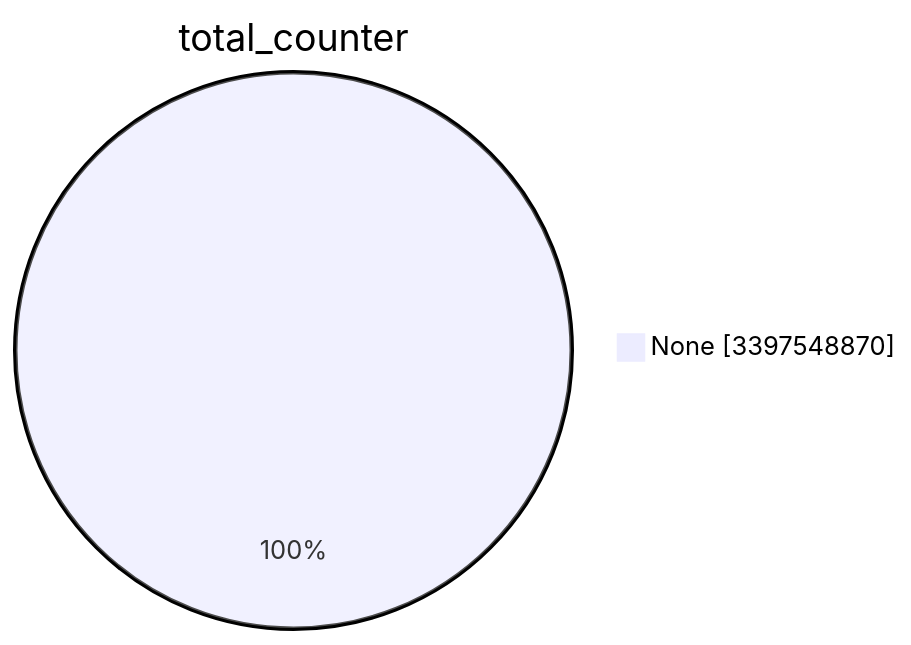
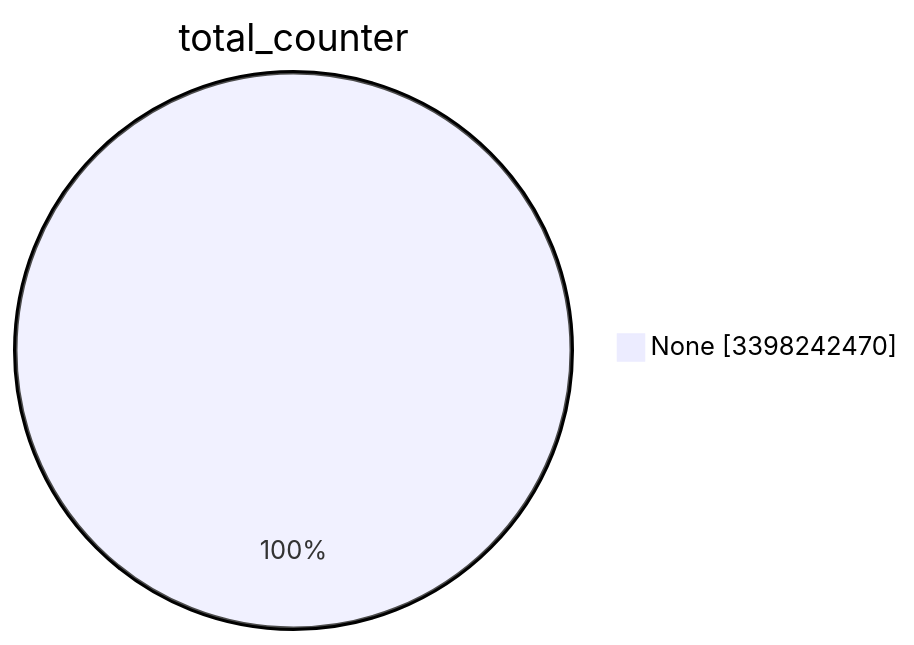
Before and after one commit to christiankrug/ctmonitor_visualization: the first of 15 diagrams in TOTAL/README.md, drawn with Mermaid. The commit also changed other lines of this file, not shown here.

````diff
--- a/TOTAL/README.md
+++ b/TOTAL/README.md
@@ -1,5 +1,5 @@
 ```mermaid
 pie showData
 title total_counter
-"None" :3397548870
+"None" :3398242470
 ```
````
